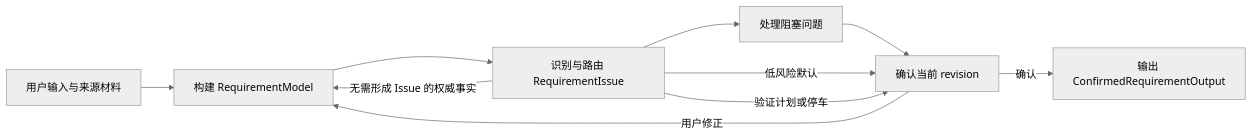
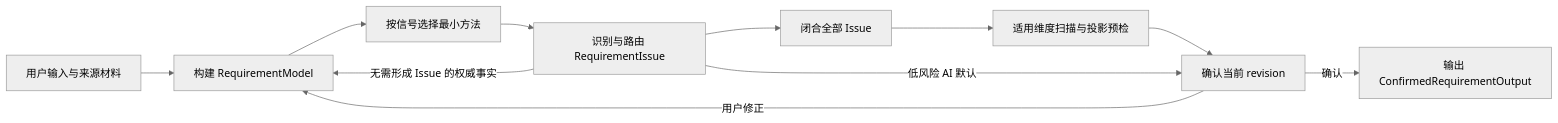
Before and after one commit to shirayner/ace: the first of 3 diagrams in tmpdoc/requirement-understanding-skill-design/design.md, drawn with Mermaid (neutral theme). The commit also changed other lines of this file and 14 other files, not shown here.

````diff
--- a/tmpdoc/requirement-understanding-skill-design/design.md
+++ b/tmpdoc/requirement-understanding-skill-design/design.md
@@ -160,13 +169,14 @@
 ```mermaid
 flowchart LR
     U[用户输入与来源材料] --> M[构建 RequirementModel]
-    M --> I[识别与路由 RequirementIssue]
-    I --> R[处理阻塞问题]
-    R --> G[确认当前 revision]
+    M --> S[按信号选择最小方法]
+    S --> I[识别与路由 RequirementIssue]
+    I --> R[闭合全部 Issue]
+    R --> P[适用维度扫描与投影预检]
+    P --> G[确认当前 revision]
     G -->|用户修正| M
     G -->|确认| H[输出 ConfirmedRequirementOutput]
 
-    I -->|低风险默认| G
-    I -->|验证计划或停车| G
     I -->|无需形成 Issue 的权威事实| M
+    I -->|低风险 AI 默认| G
 ```
````
